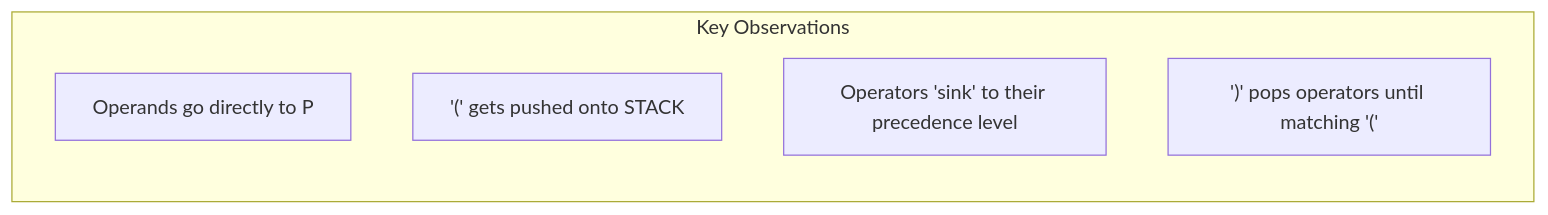
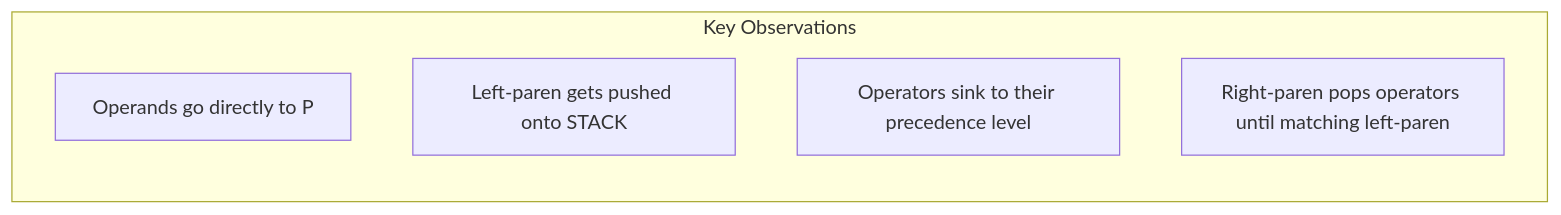
Before and after one commit to M-F-Tushar/CSE-2101-Data-Structure: diagram 20 of 39 in Chapter 6 - Stacks, Queues, and Recursion/README.md, drawn with Mermaid. The commit also changed other lines of this file, not shown here.

````diff
--- a/Chapter 6 - Stacks, Queues, and Recursion/README.md
+++ b/Chapter 6 - Stacks, Queues, and Recursion/README.md
@@ -578,9 +578,9 @@
 ```mermaid
 graph LR
     subgraph "Key Observations"
         O1["Operands go directly to P"]
-        O2["'(' gets pushed onto STACK"]
-        O3["Operators 'sink' to their precedence level"]
-        O4["')' pops operators until matching '('"]
+        O2["Left-paren gets pushed onto STACK"]
+        O3["Operators sink to their precedence level"]
+        O4["Right-paren pops operators until matching left-paren"]
     end
 ```
````
